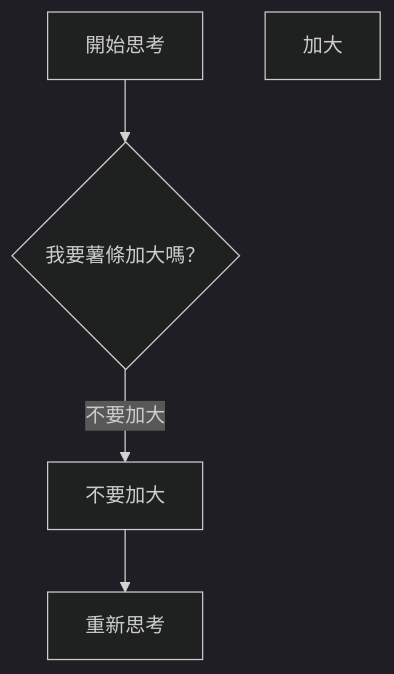
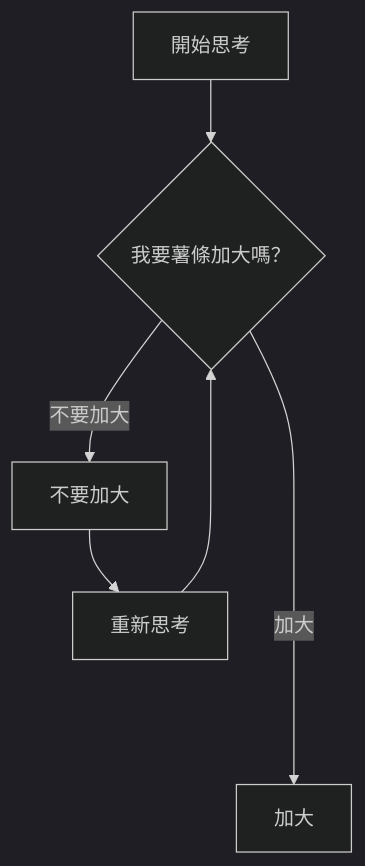
One commit to kuku0508/kuku_note_ver_2 changed the diagram in 知識/程式語言/Mermaid/語法/流程圖/連結目錄/連結的長度.md. Above: the diagram before and after it, drawn with Mermaid (dark theme). The commit also changed 1 other file, not shown here.

Commit message:
vault backup: 2025-04-25 17:40:24

````diff
--- a/知識/程式語言/Mermaid/語法/流程圖/連結目錄/連結的長度.md
+++ b/知識/程式語言/Mermaid/語法/流程圖/連結目錄/連結的長度.md
@@ -2,12 +2,13 @@
 ```mermaid
 flowchart TD
 A[開始思考]
 B@{shape: diam, label: 我要薯條加大嗎？}
 C[不要加大]
 D[重新思考]
 E[加大]
 A --> B
 B -->|不要加大| C
 C --> D
-
+D --> B
+B ----->|加大| E
 ```
````
